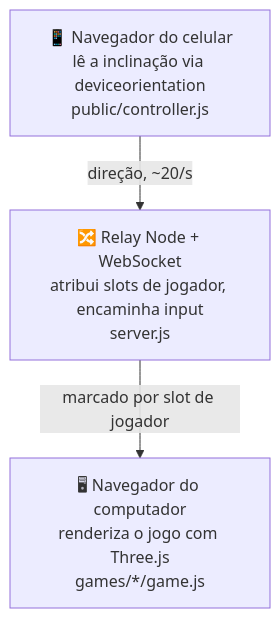
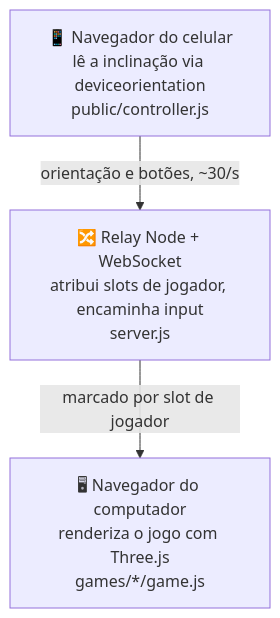
One commit to LucasArais/WiiPhone changed the diagram in README.pt-BR.md. Above: the diagram before and after it, drawn with Mermaid. The commit also changed other lines of this file and 109 other files, not shown here.

````diff
--- a/README.pt-BR.md
+++ b/README.pt-BR.md
@@ -49,8 +48,8 @@
 ```mermaid
 flowchart TD
     phone["📱 Navegador do celular<br/>lê a inclinação via deviceorientation<br/>public/controller.js"]
     relay["🔀 Relay Node + WebSocket<br/>atribui slots de jogador, encaminha input<br/>server.js"]
     browser["🖥 Navegador do computador<br/>renderiza o jogo com Three.js<br/>games/*/game.js"]
-    phone -- "direção, ~20/s" --> relay
+    phone -- "orientação e botões, ~30/s" --> relay
     relay -- "marcado por slot de jogador" --> browser
 ```
````
